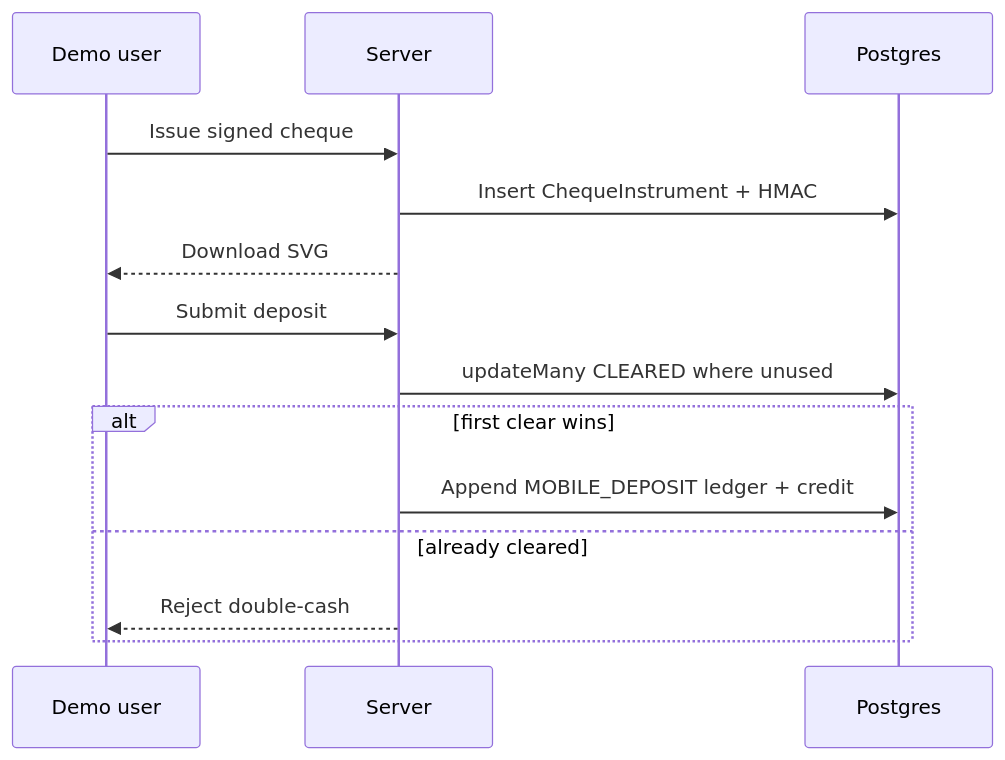
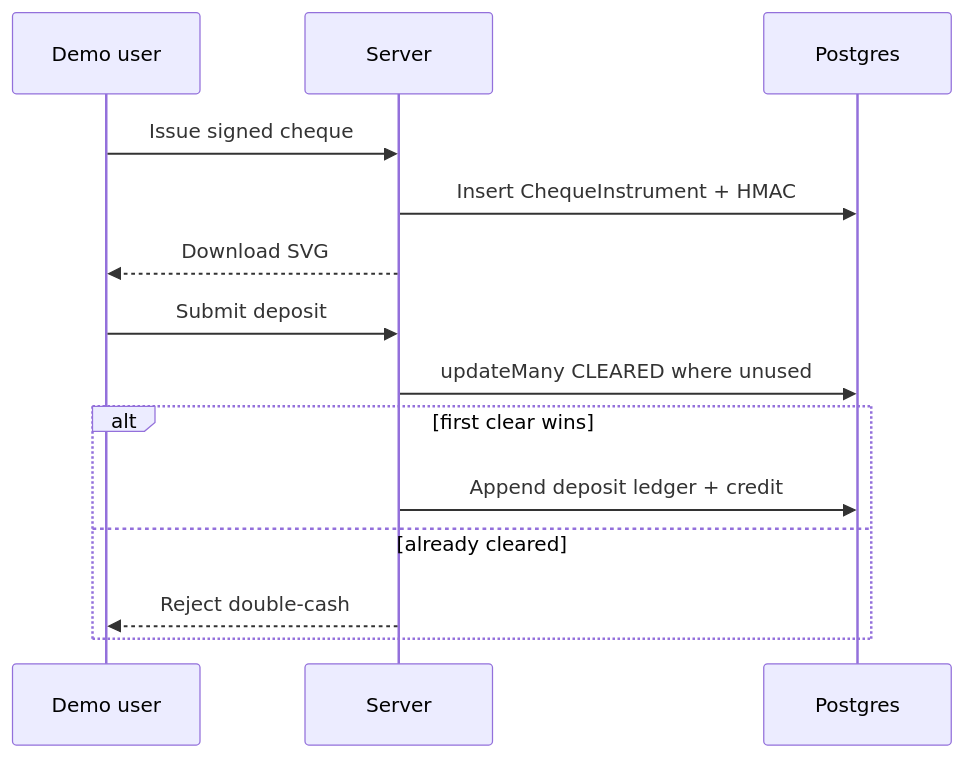
One commit to RomainBoiret/FishFric-remastered changed the second of 2 diagrams in README.md. Above: the diagram before and after it, drawn with Mermaid. The commit also changed other lines of this file and 11 other files, not shown here.

Commit message:
docs : humanize README and drop "mobile deposit" wording (#14)

````diff
--- a/README.md
+++ b/README.md
@@ -67,16 +67,16 @@
 ```mermaid
 sequenceDiagram
   participant U as Demo user
   participant S as Server
   participant DB as Postgres
   U->>S: Issue signed cheque
   S->>DB: Insert ChequeInstrument + HMAC
   S-->>U: Download SVG
   U->>S: Submit deposit
   S->>DB: updateMany CLEARED where unused
   alt first clear wins
-    S->>DB: Append MOBILE_DEPOSIT ledger + credit
+    S->>DB: Append deposit ledger + credit
   else already cleared
     S-->>U: Reject double-cash
   end
 ```
````
